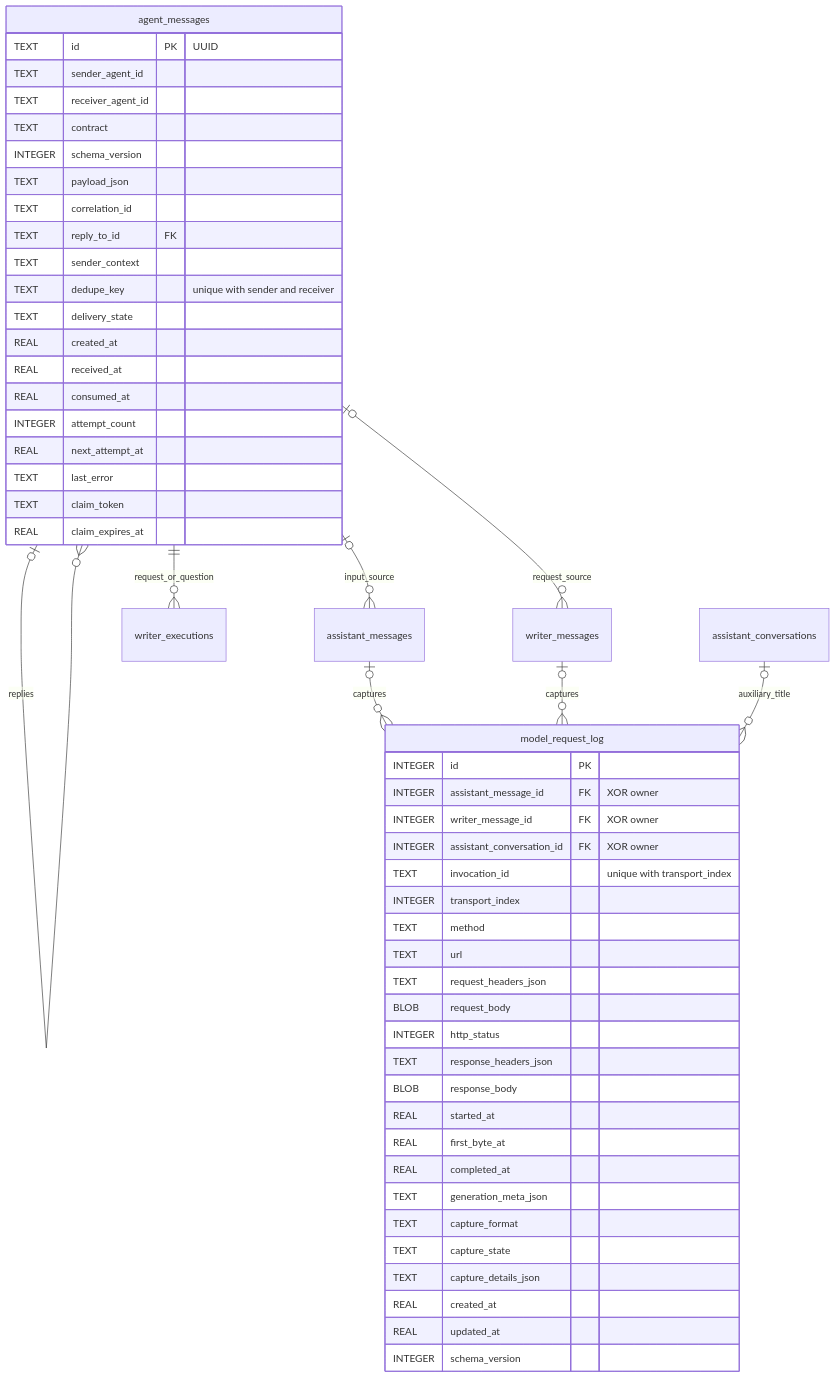
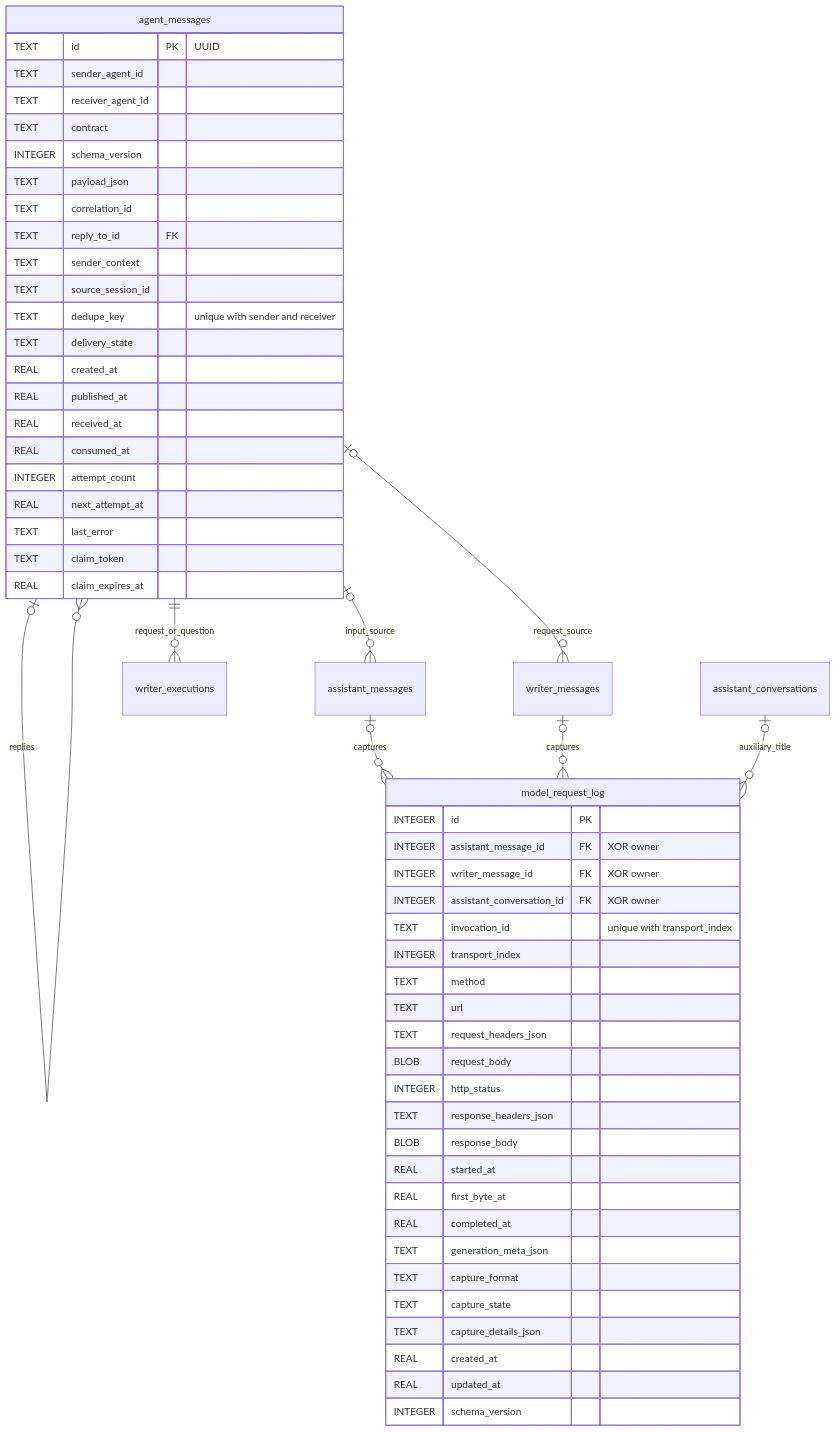
Before and after one commit to devilyouwei/MobileHarness: the third of 4 diagrams in MobileHarness/Storage/Database/README.md, drawn with Mermaid. The commit also changed other lines of this file and 246 other files, not shown here.

````diff
--- a/MobileHarness/Storage/Database/README.md
+++ b/MobileHarness/Storage/Database/README.md
@@ -171,56 +171,58 @@
 ```mermaid
 erDiagram
     agent_messages o|--o{ agent_messages : replies
     agent_messages o|--o{ assistant_messages : input_source
     agent_messages o|--o{ writer_messages : request_source
     agent_messages ||--o{ writer_executions : request_or_question
     assistant_messages o|--o{ model_request_log : captures
     writer_messages o|--o{ model_request_log : captures
     assistant_conversations o|--o{ model_request_log : auxiliary_title
     agent_messages {
         TEXT id PK "UUID"
         TEXT sender_agent_id
         TEXT receiver_agent_id
         TEXT contract
         INTEGER schema_version
         TEXT payload_json
         TEXT correlation_id
         TEXT reply_to_id FK
         TEXT sender_context
+        TEXT source_session_id
         TEXT dedupe_key "unique with sender and receiver"
         TEXT delivery_state
         REAL created_at
+        REAL published_at
         REAL received_at
         REAL consumed_at
         INTEGER attempt_count
         REAL next_attempt_at
         TEXT last_error
         TEXT claim_token
         REAL claim_expires_at
     }
     model_request_log {
         INTEGER id PK
         INTEGER assistant_message_id FK "XOR owner"
         INTEGER writer_message_id FK "XOR owner"
         INTEGER assistant_conversation_id FK "XOR owner"
         TEXT invocation_id "unique with transport_index"
         INTEGER transport_index
         TEXT method
         TEXT url
         TEXT request_headers_json
         BLOB request_body
         INTEGER http_status
         TEXT response_headers_json
         BLOB response_body
         REAL started_at
         REAL first_byte_at
         REAL completed_at
         TEXT generation_meta_json
         TEXT capture_format
         TEXT capture_state
         TEXT capture_details_json
         REAL created_at
         REAL updated_at
         INTEGER schema_version
     }
 ```
````
